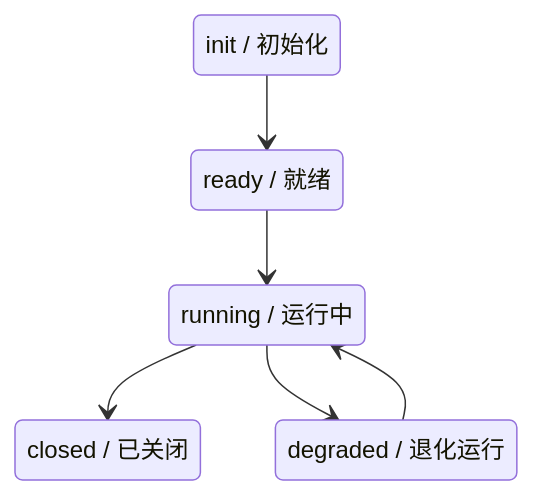
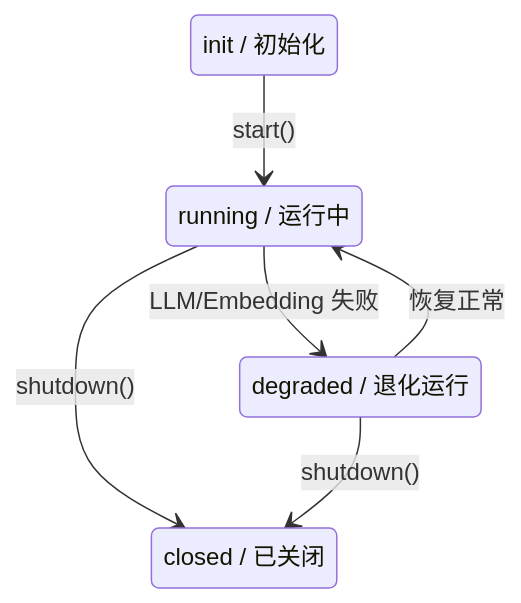
Before and after one commit to Ayleovelle/SylannEngine: the diagram in SPEC.md, drawn with Mermaid. The commit also changed other lines of this file and 11 other files, not shown here.

````diff
--- a/SPEC.md
+++ b/SPEC.md
@@ -528,14 +639,13 @@
 ```mermaid
 stateDiagram-v2
     init: init / 初始化
-    ready: ready / 就绪
     running: running / 运行中
     degraded: degraded / 退化运行
     closed: closed / 已关闭
 
-    init --> ready
-    ready --> running
-    running --> closed
-    running --> degraded
-    degraded --> running
+    init --> running : start()
+    running --> closed : shutdown()
+    running --> degraded : LLM/Embedding 失败
+    degraded --> running : 恢复正常
+    degraded --> closed : shutdown()
 ```
````
